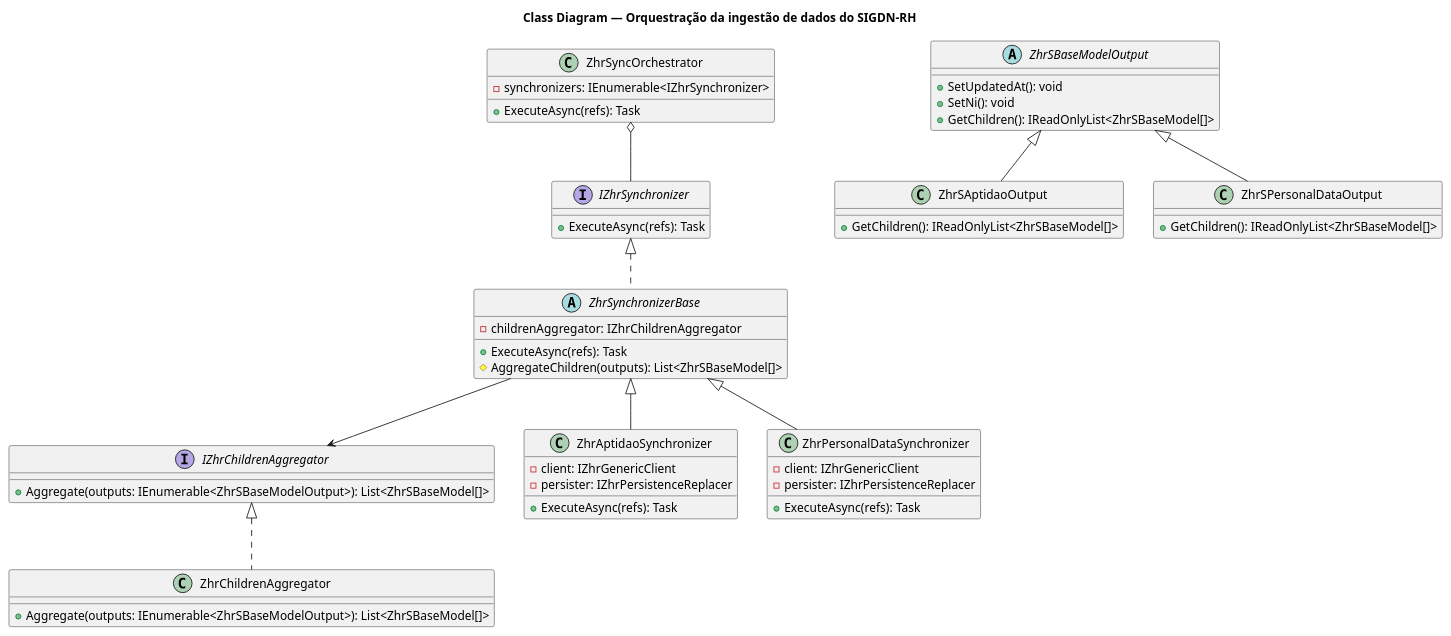
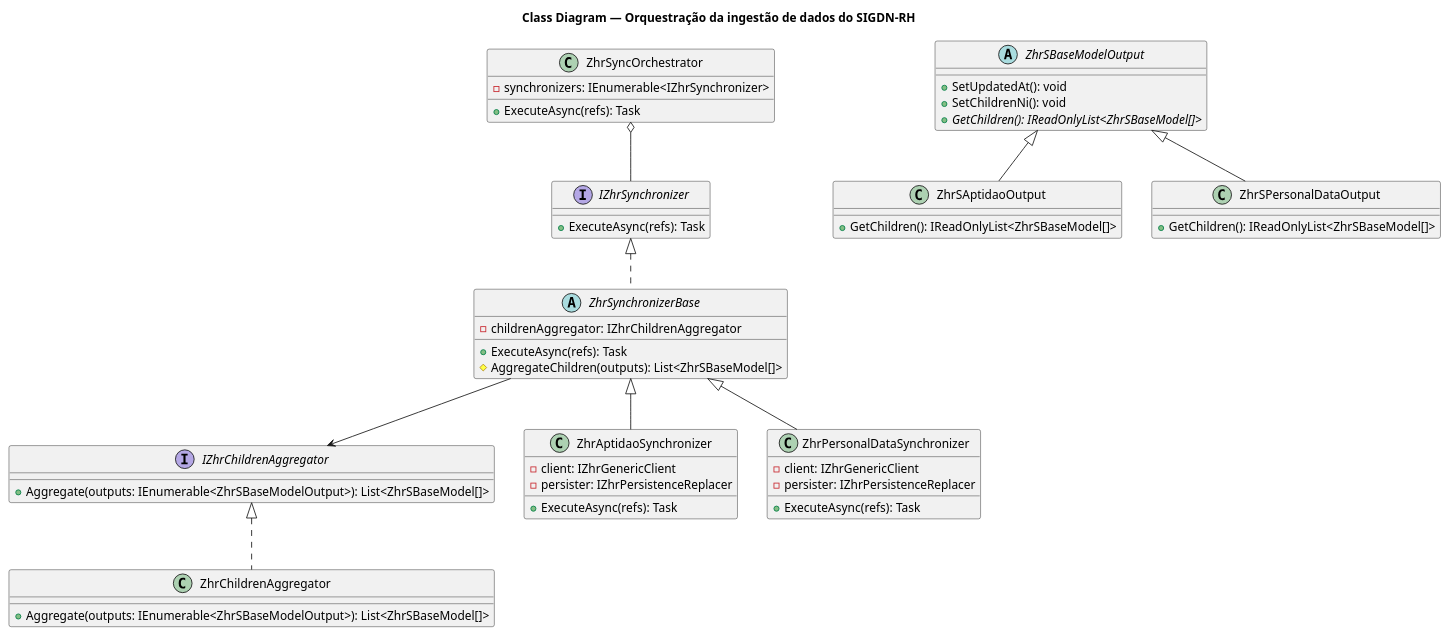
The first of 2 diagrams in docs/adr/ADR-002-sync-orchestration-strategy.md (Raimundo82/pessoas-integracao), drawn with PlantUML before and after one commit. The commit also changed other lines of this file, not shown here.

Commit message:
chore: fix GetChildren as abstract in ZhrSBaseModelOutput and improve method name to SetChildrenNi

````diff
--- a/docs/adr/ADR-002-sync-orchestration-strategy.md
+++ b/docs/adr/ADR-002-sync-orchestration-strategy.md
@@ -48,65 +48,65 @@
 ```plantuml
 @startuml Class Diagram
 
 title Class Diagram — Orquestração da ingestão de dados do SIGDN-RH
 
 interface IZhrSynchronizer {
     +ExecuteAsync(refs): Task
 }
 
 interface IZhrChildrenAggregator {
     +Aggregate(outputs: IEnumerable<ZhrSBaseModelOutput>): List<ZhrSBaseModel[]>
 }
 
 abstract class ZhrSBaseModelOutput {
     +SetUpdatedAt(): void
-    +SetNi(): void
-    +GetChildren(): IReadOnlyList<ZhrSBaseModel[]>
+    +SetChildrenNi(): void
+    +{abstract} GetChildren(): IReadOnlyList<ZhrSBaseModel[]>
 }
 
 abstract class ZhrSynchronizerBase {
     -childrenAggregator: IZhrChildrenAggregator
     +ExecuteAsync(refs): Task
     #AggregateChildren(outputs): List<ZhrSBaseModel[]>
 }
 
 class ZhrSyncOrchestrator {
     -synchronizers: IEnumerable<IZhrSynchronizer>
     +ExecuteAsync(refs): Task
 }
 
 class ZhrAptidaoSynchronizer {
     -client: IZhrGenericClient
     -persister: IZhrPersistenceReplacer
     +ExecuteAsync(refs): Task
 }
 
 class ZhrPersonalDataSynchronizer {
     -client: IZhrGenericClient
     -persister: IZhrPersistenceReplacer
     +ExecuteAsync(refs): Task
 }
 
 class ZhrChildrenAggregator {
     +Aggregate(outputs: IEnumerable<ZhrSBaseModelOutput>): List<ZhrSBaseModel[]>
 }
 
 class ZhrSAptidaoOutput {
     +GetChildren(): IReadOnlyList<ZhrSBaseModel[]>
 }
 
 class ZhrSPersonalDataOutput {
     +GetChildren(): IReadOnlyList<ZhrSBaseModel[]>
 }
 
 ZhrSyncOrchestrator o-- IZhrSynchronizer
 IZhrSynchronizer <|.. ZhrSynchronizerBase
 ZhrSynchronizerBase <|-- ZhrAptidaoSynchronizer
 ZhrSynchronizerBase <|-- ZhrPersonalDataSynchronizer
 ZhrSynchronizerBase --> IZhrChildrenAggregator
 IZhrChildrenAggregator <|.. ZhrChildrenAggregator
 ZhrSBaseModelOutput <|-- ZhrSAptidaoOutput
 ZhrSBaseModelOutput <|-- ZhrSPersonalDataOutput
 
 @enduml
 ```
````
